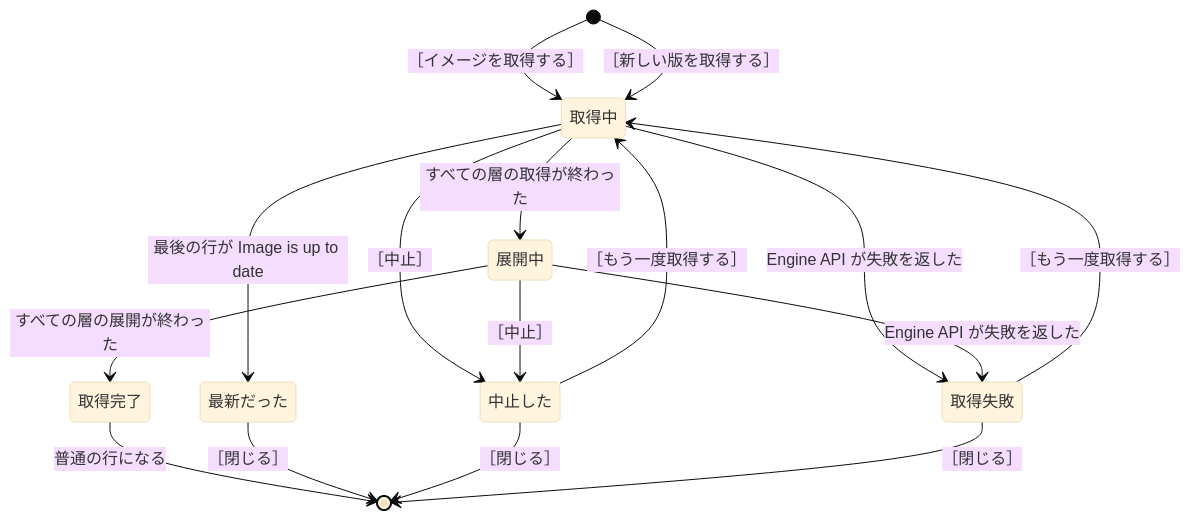
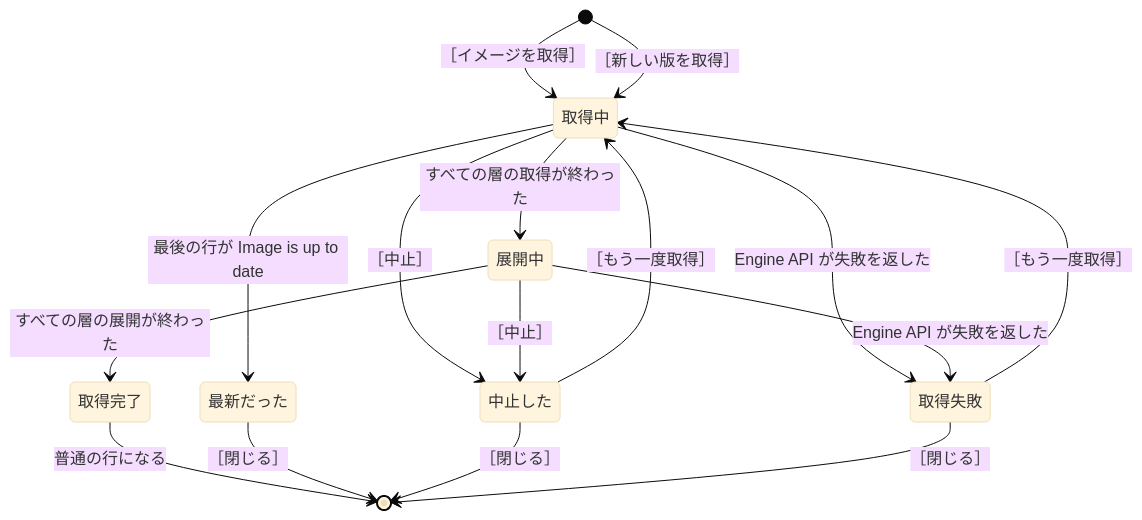
One commit to NorthRiverSnow/DockerGUI changed the diagram in docs/spec/images.md. Above: the diagram before and after it, drawn with Mermaid (base theme). The commit also changed other lines of this file and 10 other files, not shown here.

````diff
--- a/docs/spec/images.md
+++ b/docs/spec/images.md
@@ -348,18 +347,18 @@
 ```mermaid
 stateDiagram-v2
-    [*] --> 取得中: ［イメージを取得する］
-    [*] --> 取得中: ［新しい版を取得する］
+    [*] --> 取得中: ［イメージを取得］
+    [*] --> 取得中: ［新しい版を取得］
     取得中 --> 展開中: すべての層の取得が終わった
     展開中 --> 取得完了: すべての層の展開が終わった
     取得中 --> 最新だった: 最後の行が Image is up to date
     取得中 --> 中止した: ［中止］
     展開中 --> 中止した: ［中止］
     取得中 --> 取得失敗: Engine API が失敗を返した
     展開中 --> 取得失敗: Engine API が失敗を返した
     取得完了 --> [*]: 普通の行になる
     最新だった --> [*]: ［閉じる］
-    中止した --> 取得中: ［もう一度取得する］
-    取得失敗 --> 取得中: ［もう一度取得する］
+    中止した --> 取得中: ［もう一度取得］
+    取得失敗 --> 取得中: ［もう一度取得］
     中止した --> [*]: ［閉じる］
     取得失敗 --> [*]: ［閉じる］
 ```
````
